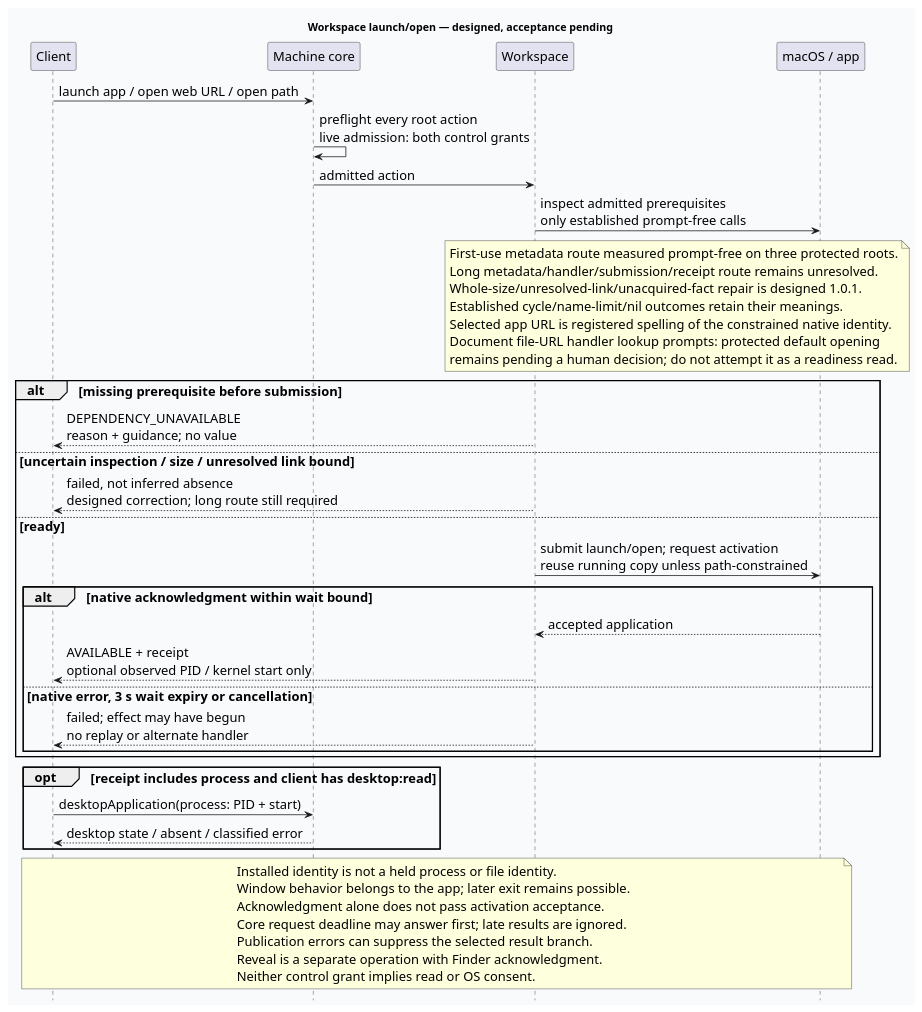
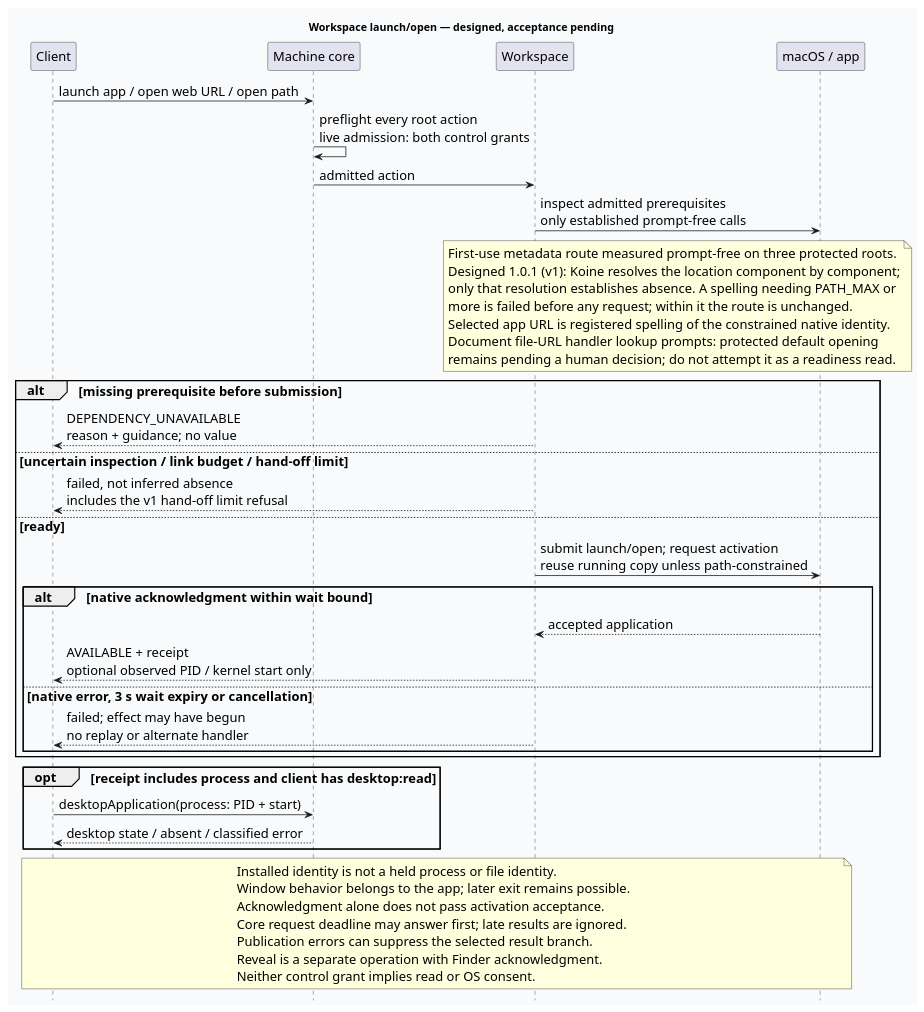
The diagram in docs/design/architecture/workspace-open.puml (Linkuistics/Koine), drawn with PlantUML before and after one commit. The commit also changed 30 other files, not shown here.

First line of the commit message:
Design v1 long-location actions: resolve truthfully, refuse at application hand-off (long-action-route-k165)

```diff
--- a/docs/design/architecture/workspace-open.puml
+++ b/docs/design/architecture/workspace-open.puml
@@ -1,51 +1,51 @@
 @startuml workspace-open
 skinparam backgroundColor #F8FAFC
 skinparam defaultFontName Helvetica
 skinparam defaultFontSize 17
 skinparam shadowing false
 hide footbox
 title Workspace launch/open — designed, acceptance pending
 participant Client
 participant "Machine core" as Core
 participant Workspace
 participant "macOS / app" as Native
 Client -> Core: launch app / open web URL / open path
 Core -> Core: preflight every root action\nlive admission: both control grants
 Core -> Workspace: admitted action
 Workspace -> Native: inspect admitted prerequisites\nonly established prompt-free calls
 note over Workspace,Native
 First-use metadata route measured prompt-free on three protected roots.
-Long metadata/handler/submission/receipt route remains unresolved.
-Whole-size/unresolved-link/unacquired-fact repair is designed 1.0.1.
-Established cycle/name-limit/nil outcomes retain their meanings.
+Designed 1.0.1 (v1): Koine resolves the location component by component;
+only that resolution establishes absence. A spelling needing PATH_MAX or
+more is failed before any request; within it the route is unchanged.
 Selected app URL is registered spelling of the constrained native identity.
 Document file-URL handler lookup prompts: protected default opening
 remains pending a human decision; do not attempt it as a readiness read.
 end note
 alt missing prerequisite before submission
   Workspace --> Client: DEPENDENCY_UNAVAILABLE\nreason + guidance; no value
-else uncertain inspection / size / unresolved link bound
-  Workspace --> Client: failed, not inferred absence\ndesigned correction; long route still required
+else uncertain inspection / link budget / hand-off limit
+  Workspace --> Client: failed, not inferred absence\nincludes the v1 hand-off limit refusal
 else ready
   Workspace -> Native: submit launch/open; request activation\nreuse running copy unless path-constrained
   alt native acknowledgment within wait bound
     Native --> Workspace: accepted application
     Workspace --> Client: AVAILABLE + receipt\noptional observed PID / kernel start only
   else native error, 3 s wait expiry or cancellation
     Workspace --> Client: failed; effect may have begun\nno replay or alternate handler
   end
 end
 opt receipt includes process and client has desktop:read
   Client -> Core: desktopApplication(process: PID + start)
   Core --> Client: desktop state / absent / classified error
 end
 note over Client,Native
 Installed identity is not a held process or file identity.
 Window behavior belongs to the app; later exit remains possible.
 Acknowledgment alone does not pass activation acceptance.
 Core request deadline may answer first; late results are ignored.
 Publication errors can suppress the selected result branch.
 Reveal is a separate operation with Finder acknowledgment.
 Neither control grant implies read or OS consent.
 end note
 @enduml
```
